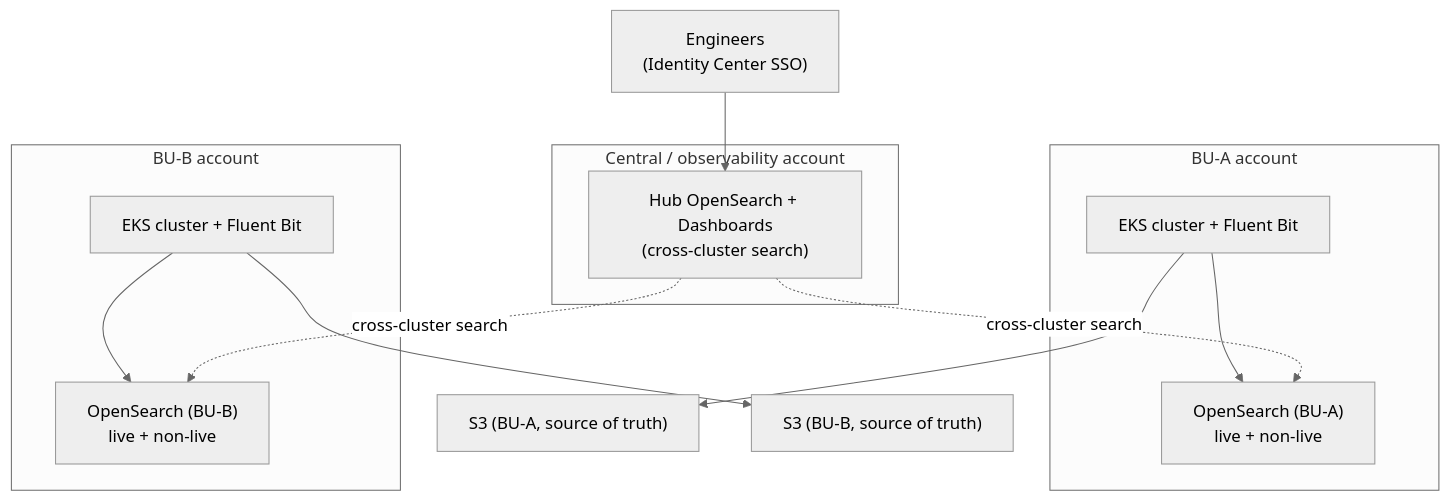
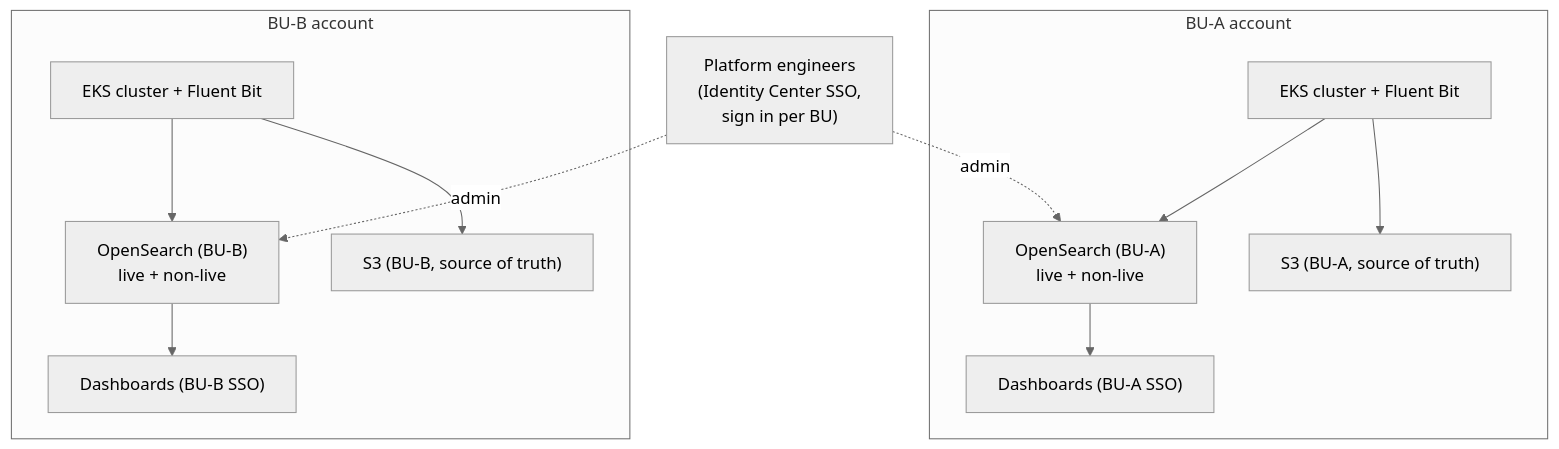
One commit to ministryofjustice/cloud-platform changed the fourth of 4 diagrams in architecture-decision-record/cp30/ADR-017-opensearch-deployment-model.md. Above: the diagram before and after it, drawn with Mermaid (neutral theme). The commit also changed other lines of this file, not shown here.

First line of the commit message:
docs(adr-017): architecture-review decisions, cost breakdown, Checkov skips (#8420)

````diff
--- a/architecture-decision-record/cp30/ADR-017-opensearch-deployment-model.md
+++ b/architecture-decision-record/cp30/ADR-017-opensearch-deployment-model.md
@@ -457,17 +600,16 @@
 ```mermaid
 flowchart TB
   subgraph BUA["BU-A account"]
     CA["EKS cluster + Fluent Bit"] --> OSA["OpenSearch (BU-A)<br/>live + non-live"]
+    OSA --> DA["Dashboards (BU-A SSO)"]
+    CA --> S3A["S3 (BU-A, source of truth)"]
   end
   subgraph BUB["BU-B account"]
     CB["EKS cluster + Fluent Bit"] --> OSB["OpenSearch (BU-B)<br/>live + non-live"]
+    OSB --> DB["Dashboards (BU-B SSO)"]
+    CB --> S3B["S3 (BU-B, source of truth)"]
   end
-  subgraph OBS["Central / observability account"]
-    HUB["Hub OpenSearch + Dashboards<br/>(cross-cluster search)"]
-  end
-  CA --> S3A["S3 (BU-A, source of truth)"]
-  CB --> S3B["S3 (BU-B, source of truth)"]
-  HUB -. "cross-cluster search" .-> OSA
-  HUB -. "cross-cluster search" .-> OSB
-  USERS["Engineers<br/>(Identity Center SSO)"] --> HUB
+  PE["Platform engineers<br/>(Identity Center SSO,<br/>sign in per BU)"]
+  PE -. admin .-> OSA
+  PE -. admin .-> OSB
 ```
````
